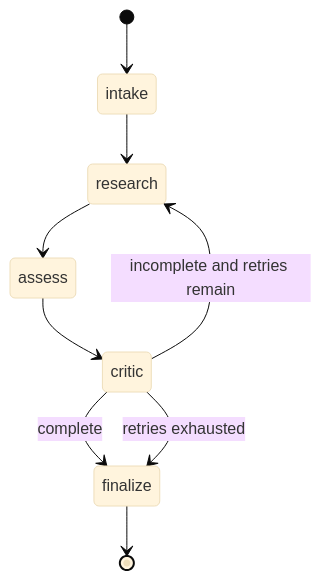
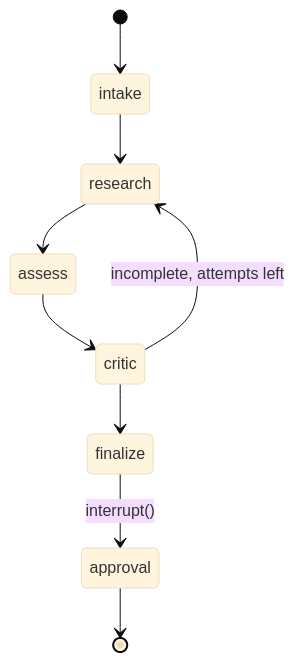
One commit to ft-kumarsatyam/incidentops-copilot changed the third of 3 diagrams in docs/ARCHITECTURE.md. Above: the diagram before and after it, drawn with Mermaid (base theme). The commit also changed other lines of this file and 27 other files, not shown here.

First line of the commit message:
feat: harden n8n integration and rewrite docs for the new architecture (phase 4)

````diff
--- a/docs/ARCHITECTURE.md
+++ b/docs/ARCHITECTURE.md
@@ -42,11 +98,11 @@
 ```mermaid
 stateDiagram-v2
   [*] --> intake
   intake --> research
   research --> assess
   assess --> critic
-  critic --> research: incomplete and retries remain
-  critic --> finalize: complete
-  critic --> finalize: retries exhausted
-  finalize --> [*]
+  critic --> research: incomplete, attempts left
+  critic --> finalize
+  finalize --> approval: interrupt()
+  approval --> [*]
 ```
````
